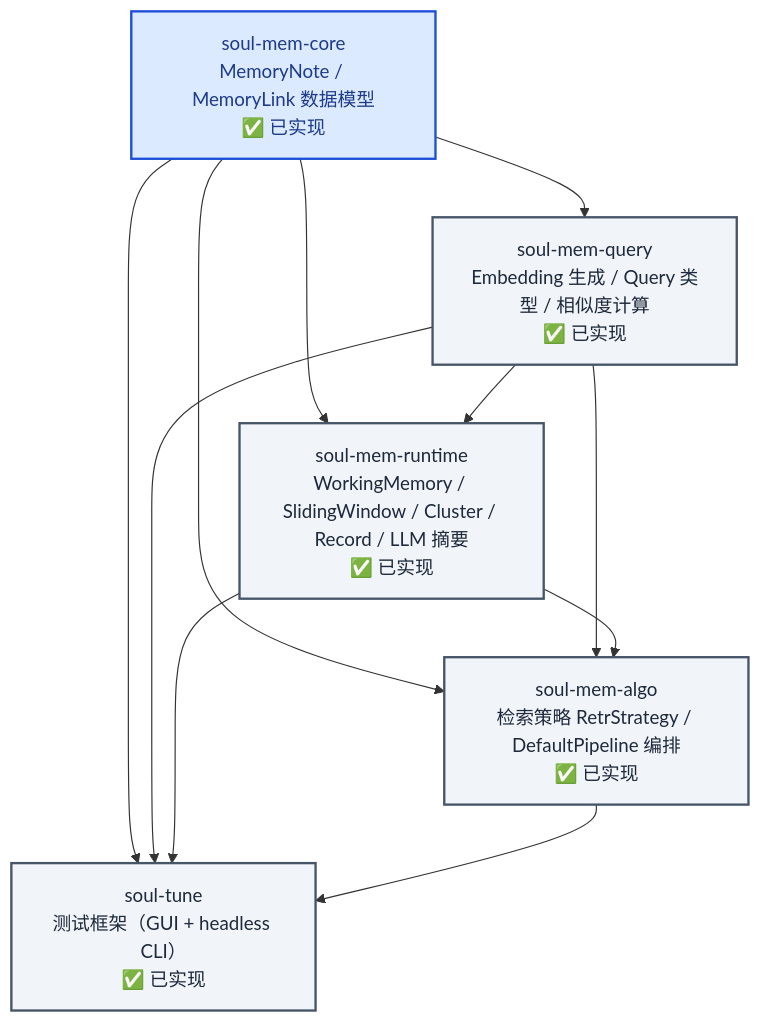
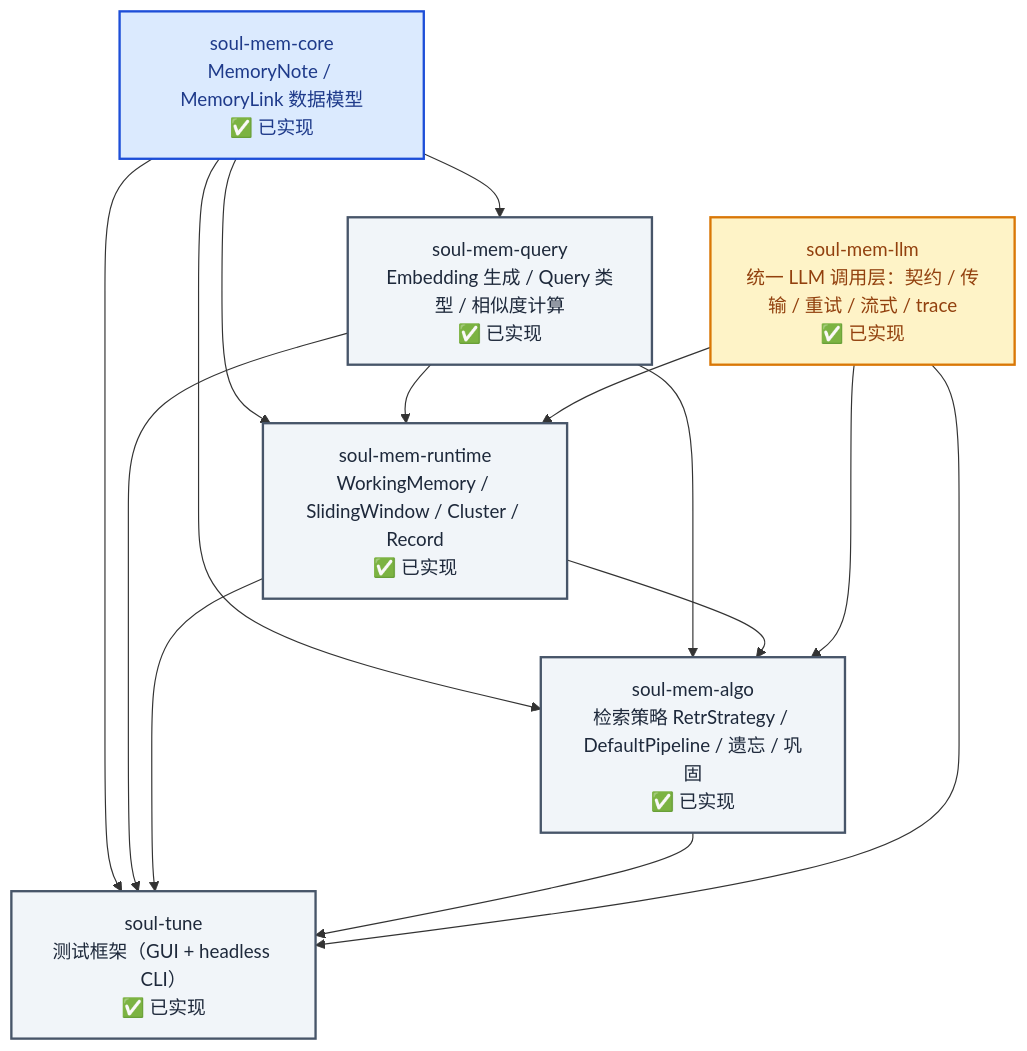
Before and after one commit to dynamder/Soulmem: the second of 3 diagrams in docs/architecture/orchestration.md, drawn with Mermaid. The commit also changed other lines of this file and 37 other files, not shown here.

First line of the commit message:
refactor(llm): 引入 soul-mem-llm 统一调用层，清除四套重复 LLM 实现

````diff
--- a/docs/architecture/orchestration.md
+++ b/docs/architecture/orchestration.md
@@ -116,25 +116,31 @@
 ```mermaid
 graph TD
     classDef core fill:#dbeafe,stroke:#1d4ed8,stroke-width:2px,color:#1e3a8a;
     classDef layer fill:#f1f5f9,stroke:#475569,stroke-width:2px,color:#1e293b;
+    classDef llm fill:#fef3c7,stroke:#d97706,stroke-width:2px,color:#92400e;
 
     core["soul-mem-core<br/>MemoryNote / MemoryLink 数据模型<br/>✅ 已实现"]
     query["soul-mem-query<br/>Embedding 生成 / Query 类型 / 相似度计算<br/>✅ 已实现"]
-    runtime["soul-mem-runtime<br/>WorkingMemory / SlidingWindow / Cluster / Record / LLM 摘要<br/>✅ 已实现"]
-    algo["soul-mem-algo<br/>检索策略 RetrStrategy / DefaultPipeline 编排<br/>✅ 已实现"]
+    llm["soul-mem-llm<br/>统一 LLM 调用层：契约 / 传输 / 重试 / 流式 / trace<br/>✅ 已实现"]
+    runtime["soul-mem-runtime<br/>WorkingMemory / SlidingWindow / Cluster / Record<br/>✅ 已实现"]
+    algo["soul-mem-algo<br/>检索策略 RetrStrategy / DefaultPipeline / 遗忘 / 巩固<br/>✅ 已实现"]
     tune["soul-tune<br/>测试框架（GUI + headless CLI）<br/>✅ 已实现"]
 
     core --> query
     core --> runtime
     query --> runtime
+    llm --> runtime
     core --> algo
     query --> algo
     runtime --> algo
+    llm --> algo
     core --> tune
     query --> tune
     runtime --> tune
     algo --> tune
+    llm --> tune
 
     class core core;
     class query,runtime,algo,tune layer;
+    class llm llm;
 ```
````
